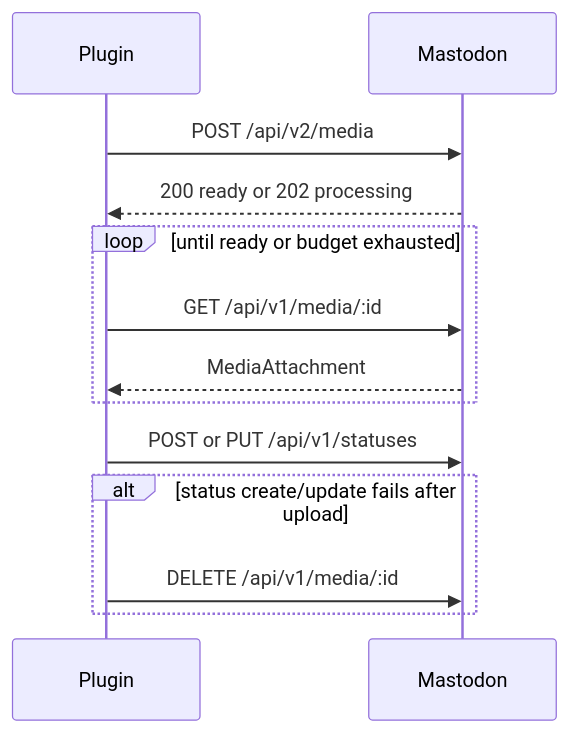
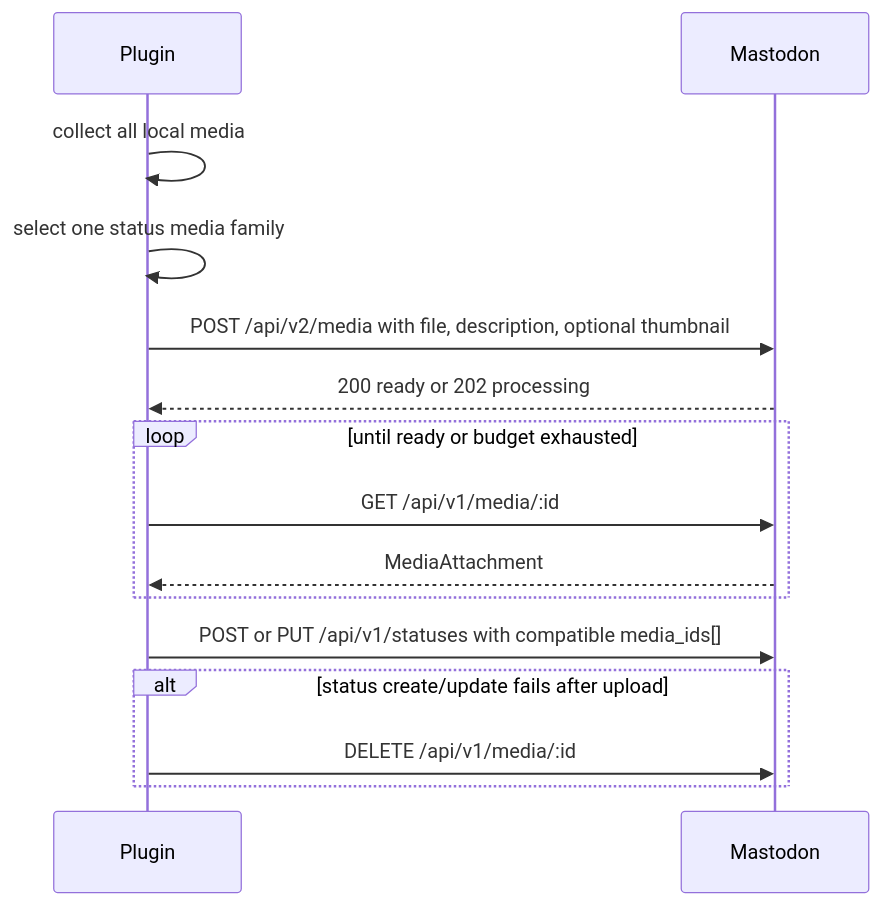
The third of 3 diagrams in fp-plugins/mastodon/developer-docs/04-API-Compatibility.md (flatpressblog/flatpress), drawn with Mermaid before and after one commit. The commit also changed other lines of this file and 8 other files, not shown here.

````diff
--- a/fp-plugins/mastodon/developer-docs/04-API-Compatibility.md
+++ b/fp-plugins/mastodon/developer-docs/04-API-Compatibility.md
@@ -115,15 +128,17 @@
 ```mermaid
 sequenceDiagram
     participant Plugin
     participant Mastodon
-    Plugin->>Mastodon: POST /api/v2/media
+    Plugin->>Plugin: collect all local media
+    Plugin->>Plugin: select one status media family
+    Plugin->>Mastodon: POST /api/v2/media with file, description, optional thumbnail
     Mastodon-->>Plugin: 200 ready or 202 processing
     loop until ready or budget exhausted
         Plugin->>Mastodon: GET /api/v1/media/:id
         Mastodon-->>Plugin: MediaAttachment
     end
-    Plugin->>Mastodon: POST or PUT /api/v1/statuses
+    Plugin->>Mastodon: POST or PUT /api/v1/statuses with compatible media_ids[]
     alt status create/update fails after upload
         Plugin->>Mastodon: DELETE /api/v1/media/:id
     end
 ```
````
